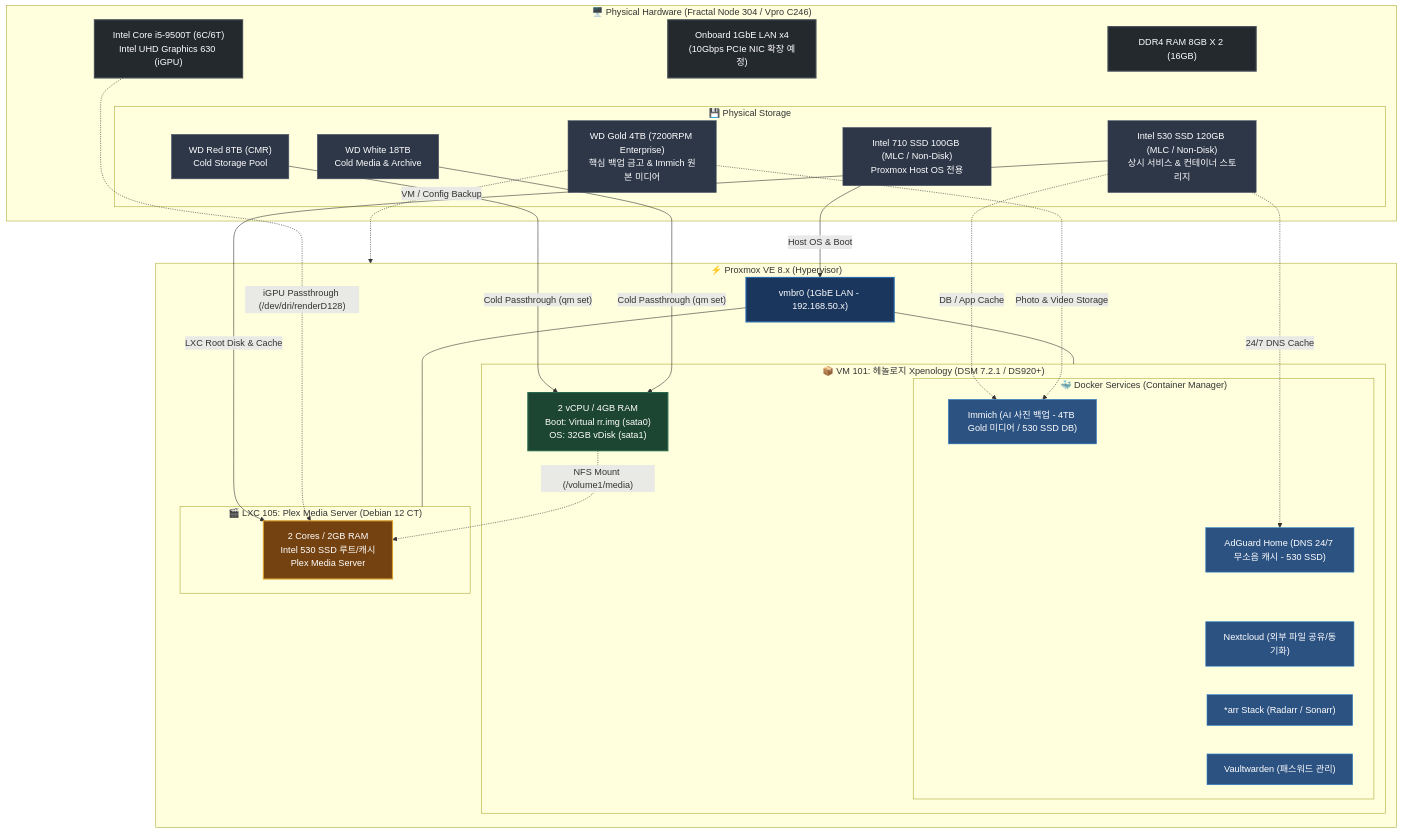
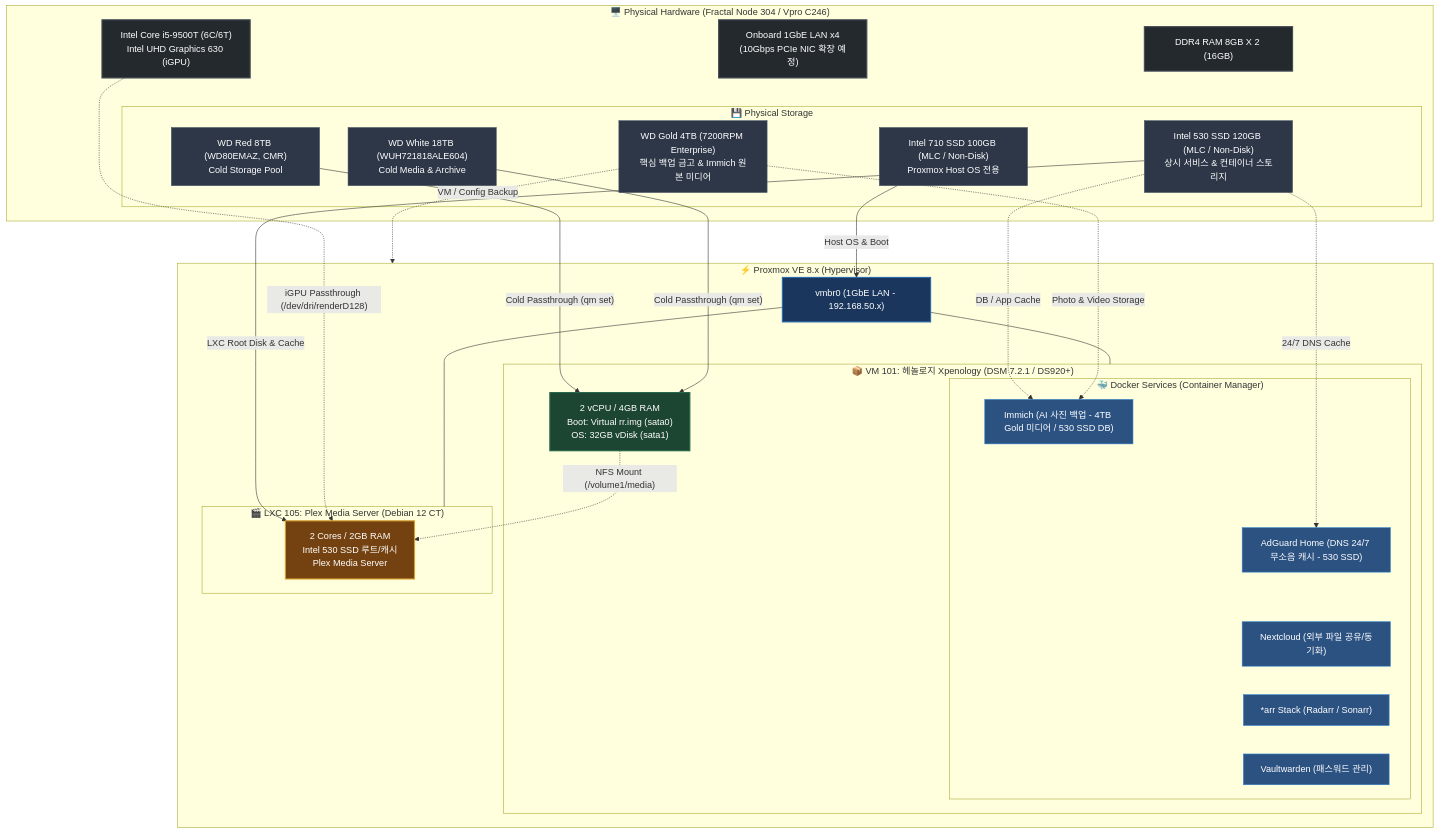
Before and after one commit to waceh/nas: the diagram in README.md, drawn with Mermaid. The commit also changed other lines of this file and 4 other files, not shown here.

Commit message:
docs: WD Red(WD80EMAZ-00WJTA0) 및 WD White(WUH721818ALE604) 정확한 하드웨어 모델명 반영

````diff
--- a/README.md
+++ b/README.md
@@ -16,76 +16,76 @@
 ```mermaid
 flowchart TB
     %% Styles
     classDef hw fill:#24292e,stroke:#444d56,stroke-width:2px,color:#fff;
     classDef pve fill:#1a365d,stroke:#2b6cb0,stroke-width:2px,color:#fff;
     classDef vm fill:#1c4532,stroke:#276749,stroke-width:2px,color:#fff;
     classDef lxc fill:#744210,stroke:#d69e2e,stroke-width:2px,color:#fff;
     classDef docker fill:#2c5282,stroke:#3182ce,stroke-width:1px,color:#fff;
     classDef disk fill:#2d3748,stroke:#4a5568,stroke-width:1px,color:#fff;
 
     %% 1. 상단 박스: Physical Hardware
     subgraph HW["🖥️ Physical Hardware (Fractal Node 304 / Vpro C246)"]
         CPU["Intel Core i5-9500T (6C/6T)<br/>Intel UHD Graphics 630 (iGPU)"]:::hw
         RAM["DDR4 RAM 8GB X 2 (16GB)"]:::hw
         NIC["Onboard 1GbE LAN x4<br/>(10Gbps PCIe NIC 확장 예정)"]:::hw
         
         subgraph Disks["💾 Physical Storage"]
             SSD_710["Intel 710 SSD 100GB (MLC / Non-Disk)<br/>Proxmox Host OS 전용"]:::disk
             SSD_530["Intel 530 SSD 120GB (MLC / Non-Disk)<br/>상시 서비스 & 컨테이너 스토리지"]:::disk
             WD_Gold["WD Gold 4TB (7200RPM Enterprise)<br/>핵심 백업 금고 & Immich 원본 미디어"]:::disk
-            WD_Red["WD Red 8TB (CMR)<br/>Cold Storage Pool"]:::disk
-            WD_White["WD White 18TB<br/>Cold Media & Archive"]:::disk
+            WD_Red["WD Red 8TB (WD80EMAZ, CMR)<br/>Cold Storage Pool"]:::disk
+            WD_White["WD White 18TB (WUH721818ALE604)<br/>Cold Media & Archive"]:::disk
         end
     end
 
     %% 2. 하단 박스: Proxmox VE
     subgraph PVE["⚡ Proxmox VE 8.x (Hypervisor)"]
         VMBR0["vmbr0 (1GbE LAN - 192.168.50.x)"]:::pve
         
         %% VM 101: Xpenology
         subgraph VM101["📦 VM 101: 헤놀로지 Xpenology (DSM 7.2.1 / DS920+)"]
             NAS_SPEC["2 vCPU / 4GB RAM<br/>Boot: Virtual rr.img (sata0)<br/>OS: 32GB vDisk (sata1)"]:::vm
             
             subgraph Docker["🐳 Docker Services (Container Manager)"]
                 D2["Immich (AI 사진 백업 - 4TB Gold 미디어 / 530 SSD DB)"]:::docker
                 D4["AdGuard Home (DNS 24/7 무소음 캐시 - 530 SSD)"]:::docker
                 D1["Nextcloud (외부 파일 공유/동기화)"]:::docker
                 D3["*arr Stack (Radarr / Sonarr)"]:::docker
                 D5["Vaultwarden (패스워드 관리)"]:::docker
                 
                 D2 ~~~ D4
                 D4 ~~~ D1
                 D1 ~~~ D3
                 D3 ~~~ D5
             end
         end
 
         %% LXC 105: Plex
         subgraph LXC105["🎬 LXC 105: Plex Media Server (Debian 12 CT)"]
             PLEX_SPEC["2 Cores / 2GB RAM<br/>Intel 530 SSD 루트/캐시<br/>Plex Media Server"]:::lxc
         end
     end
 
     %% 상하 세로 배치 제약
     CPU ~~~ SSD_710
     RAM ~~~ SSD_530
     NIC ~~~ WD_Gold
 
     %% Storage & Passthrough Links
     SSD_710 -->|"Host OS & Boot"| VMBR0
     SSD_530 -->|"LXC Root Disk & Cache"| PLEX_SPEC
     SSD_530 -.->|"DB / App Cache"| D2
     SSD_530 -.->|"24/7 DNS Cache"| D4
     WD_Gold -.->|"Photo & Video Storage"| D2
     WD_Gold -.->|"VM / Config Backup"| PVE
     WD_Red -->|"Cold Passthrough (qm set)"| NAS_SPEC
     WD_White -->|"Cold Passthrough (qm set)"| NAS_SPEC
     
     %% Hardware Acceleration
     CPU -.->|"iGPU Passthrough (/dev/dri/renderD128)"| PLEX_SPEC
     
     %% Network & Shared Storage
     VMBR0 --- VM101
     VMBR0 --- LXC105
     NAS_SPEC -.->|"NFS Mount (/volume1/media)"| PLEX_SPEC
 ```
````
